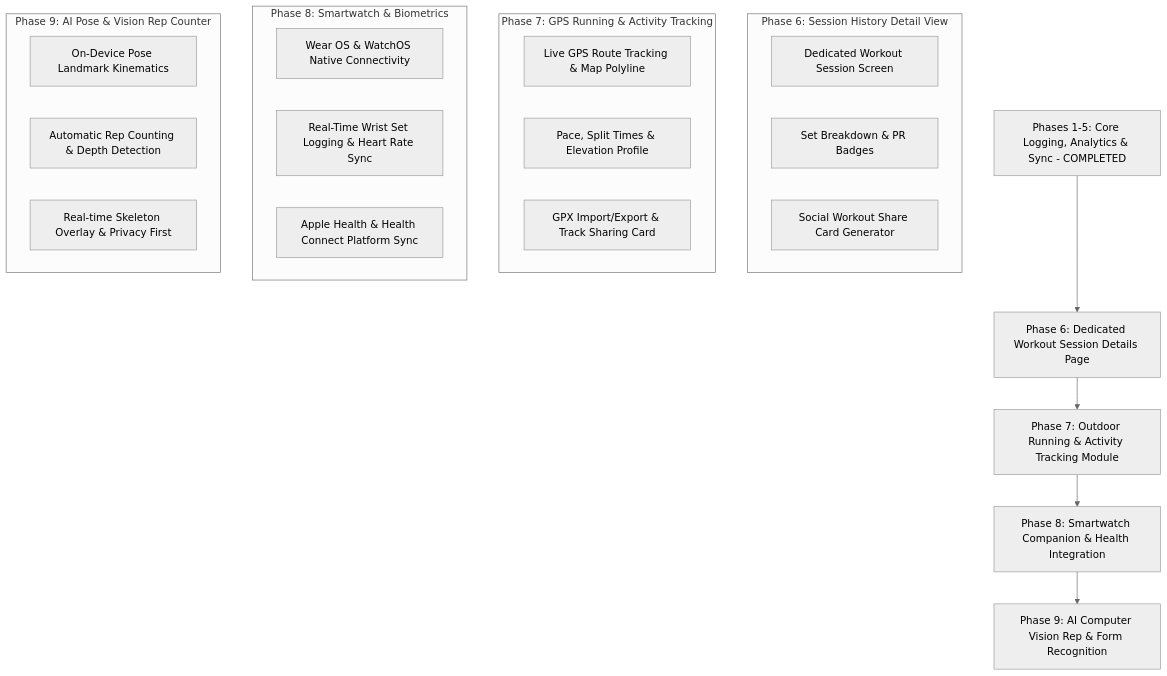
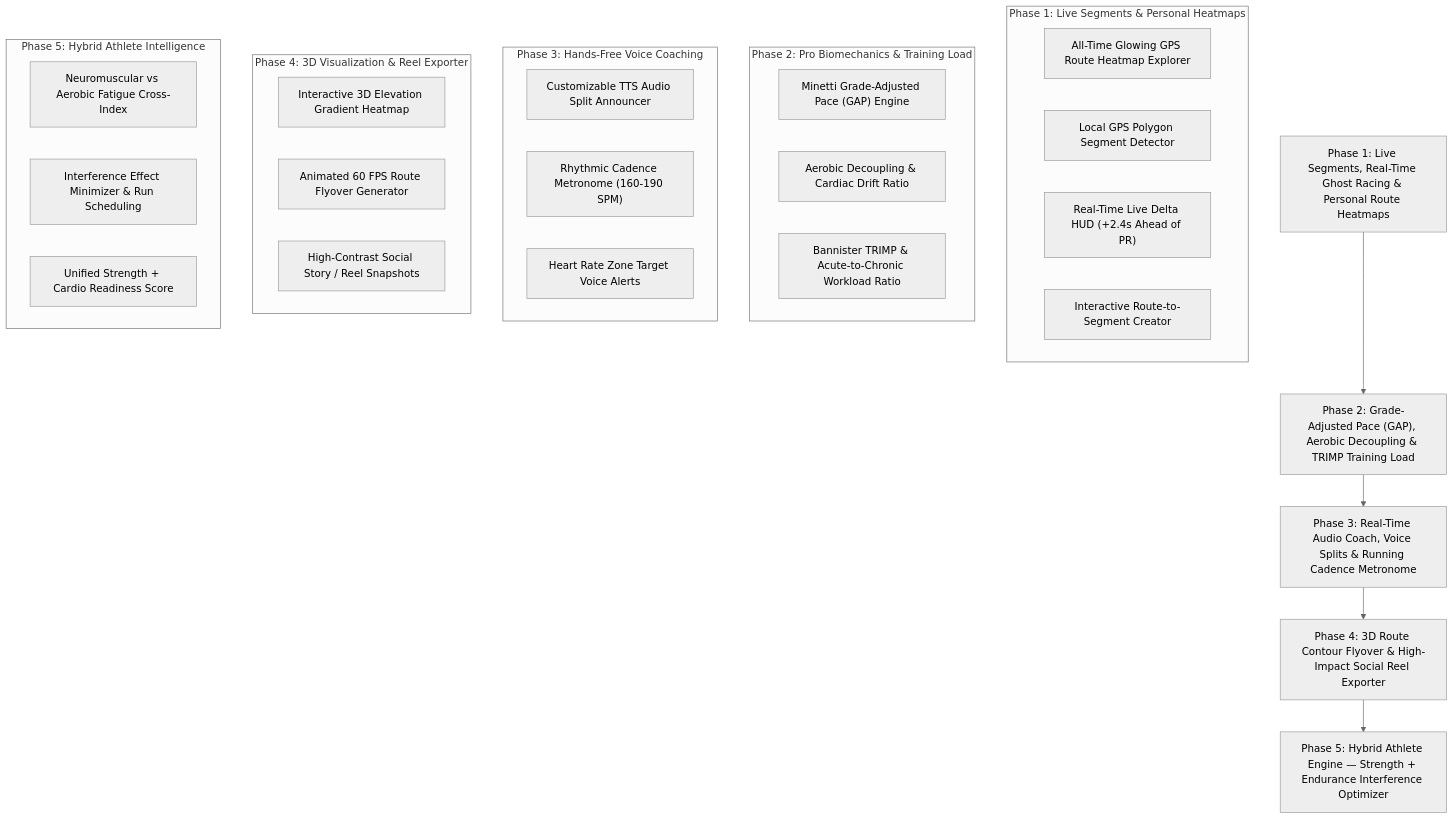
Before and after one commit to im-arshpandher/Thews-Gym-tracker: the diagram in frontend-thews/ROADMAP.md, drawn with Mermaid (neutral theme). The commit also changed other lines of this file and 20 other files, not shown here.

Commit message:
feat: implement AI-driven workout progression engine and integrated smartwatch health tracking services

````diff
--- a/frontend-thews/ROADMAP.md
+++ b/frontend-thews/ROADMAP.md
@@ -7,31 +7,44 @@
 ```mermaid
 graph TD
-    P1_5["Phases 1-5: Core Logging, Analytics & Sync - COMPLETED"] --> P6["Phase 6: Dedicated Workout Session Details Page"]
-    P6 --> P7["Phase 7: Outdoor Running & Activity Tracking Module"]
-    P7 --> P8["Phase 8: Smartwatch Companion & Health Integration"]
-    P8 --> P9["Phase 9: AI Computer Vision Rep & Form Recognition"]
+    P1["Phase 1: Live Segments, Real-Time Ghost Racing & Personal Route Heatmaps"]
+    P2["Phase 2: Grade-Adjusted Pace (GAP), Aerobic Decoupling & TRIMP Training Load"]
+    P3["Phase 3: Real-Time Audio Coach, Voice Splits & Running Cadence Metronome"]
+    P4["Phase 4: 3D Route Contour Flyover & High-Impact Social Reel Exporter"]
+    P5["Phase 5: Hybrid Athlete Engine — Strength + Endurance Interference Optimizer"]
 
-    subgraph Phase 6: Session History Detail View
-        P6_1["Dedicated Workout Session Screen"]
-        P6_2["Set Breakdown & PR Badges"]
-        P6_3["Social Workout Share Card Generator"]
+    P1 --> P2
+    P2 --> P3
+    P3 --> P4
+    P4 --> P5
+
+    subgraph Phase 1: Live Segments & Personal Heatmaps
+        P1_1["All-Time Glowing GPS Route Heatmap Explorer"]
+        P1_2["Local GPS Polygon Segment Detector"]
+        P1_3["Real-Time Live Delta HUD (+2.4s Ahead of PR)"]
+        P1_4["Interactive Route-to-Segment Creator"]
     end
 
-    subgraph Phase 7: GPS Running & Activity Tracking
-        P7_1["Live GPS Route Tracking & Map Polyline"]
-        P7_2["Pace, Split Times & Elevation Profile"]
-        P7_3["GPX Import/Export & Track Sharing Card"]
+    subgraph Phase 2: Pro Biomechanics & Training Load
+        P2_1["Minetti Grade-Adjusted Pace (GAP) Engine"]
+        P2_2["Aerobic Decoupling & Cardiac Drift Ratio"]
+        P2_3["Bannister TRIMP & Acute-to-Chronic Workload Ratio"]
     end
 
-    subgraph Phase 8: Smartwatch & Biometrics
-        P8_1["Wear OS & WatchOS Native Connectivity"]
-        P8_2["Real-Time Wrist Set Logging & Heart Rate Sync"]
-        P8_3["Apple Health & Health Connect Platform Sync"]
+    subgraph Phase 3: Hands-Free Voice Coaching
+        P3_1["Customizable TTS Audio Split Announcer"]
+        P3_2["Rhythmic Cadence Metronome (160-190 SPM)"]
+        P3_3["Heart Rate Zone Target Voice Alerts"]
     end
 
-    subgraph Phase 9: AI Pose & Vision Rep Counter
-        P9_1["On-Device Pose Landmark Kinematics"]
-        P9_2["Automatic Rep Counting & Depth Detection"]
-        P9_3["Real-time Skeleton Overlay & Privacy First"]
+    subgraph Phase 4: 3D Visualization & Reel Exporter
+        P4_1["Interactive 3D Elevation Gradient Heatmap"]
+        P4_2["Animated 60 FPS Route Flyover Generator"]
+        P4_3["High-Contrast Social Story / Reel Snapshots"]
+    end
+
+    subgraph Phase 5: Hybrid Athlete Intelligence
+        P5_1["Neuromuscular vs Aerobic Fatigue Cross-Index"]
+        P5_2["Interference Effect Minimizer & Run Scheduling"]
+        P5_3["Unified Strength + Cardio Readiness Score"]
     end
 ```
````
